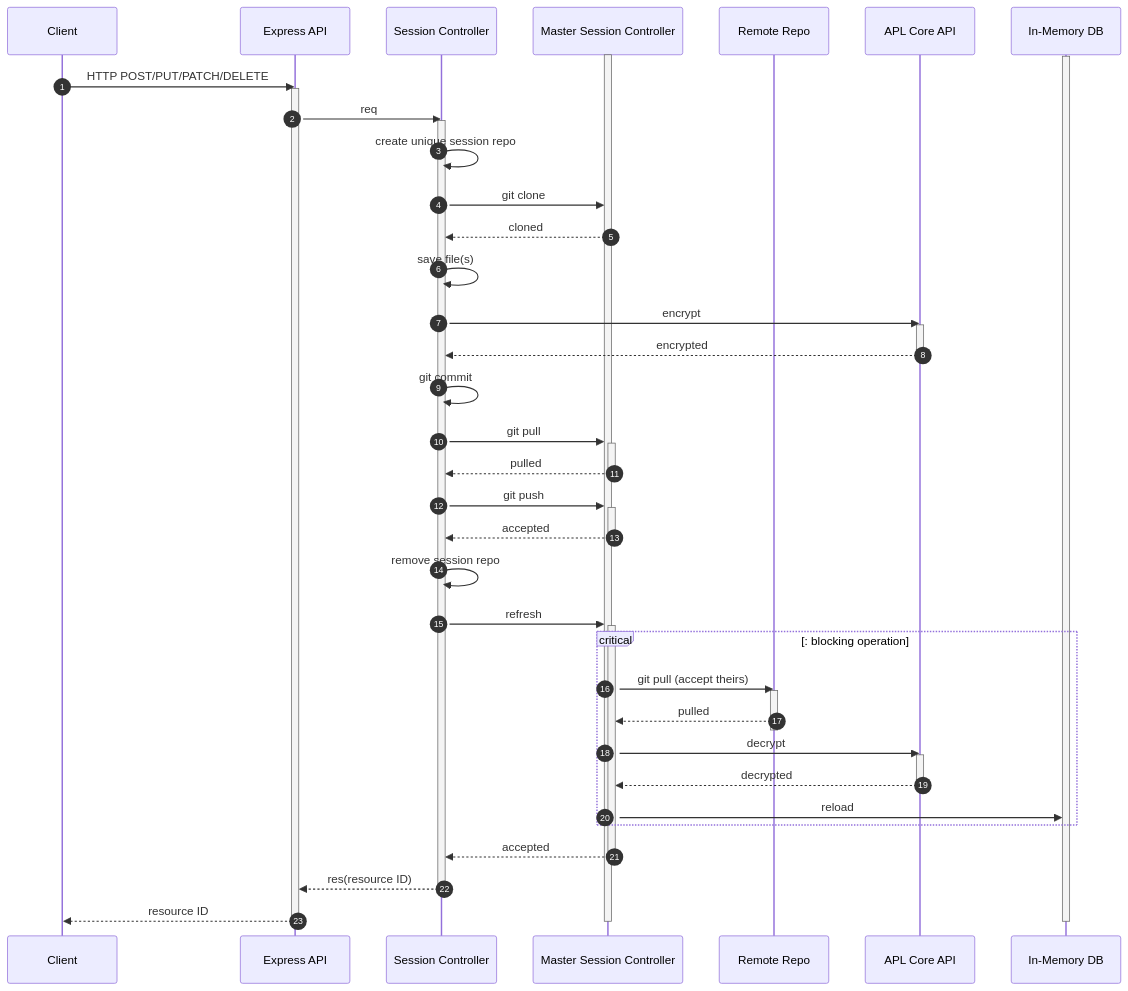
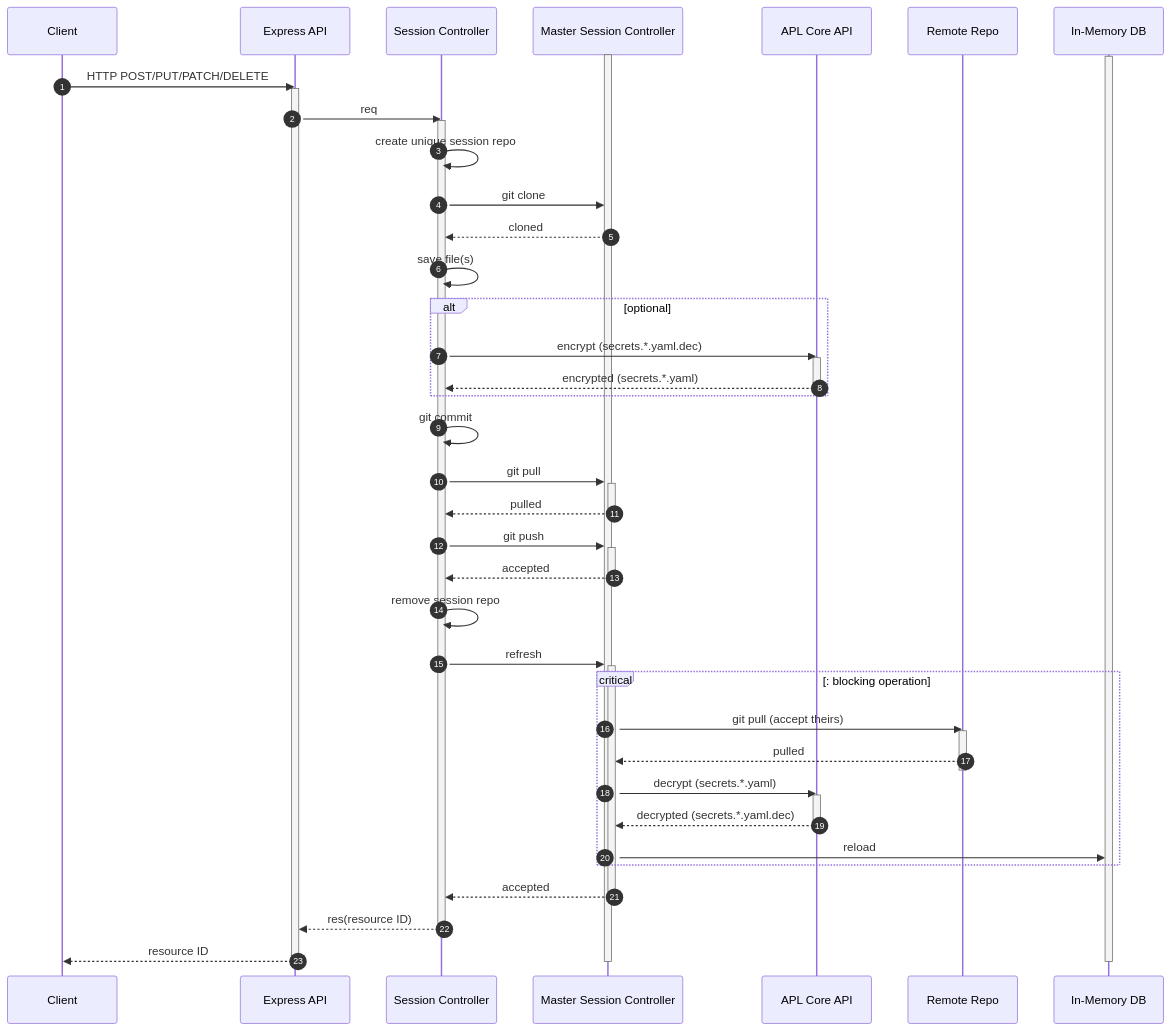
One commit to linode/apl-api changed the first of 4 diagrams in docs/gitops.md. Above: the diagram before and after it, drawn with Mermaid. The commit also changed other lines of this file, not shown here.

````diff
--- a/docs/gitops.md
+++ b/docs/gitops.md
@@ -13,58 +13,60 @@
 ```mermaid
 sequenceDiagram
     autonumber
     participant Client as Client
     participant API as Express API
     participant SC as Session Controller
     participant MC as Master Session Controller
+    participant ACA as APL Core API
     participant RR as Remote Repo
-    participant ACA as APL Core API
     participant IMDB as In-Memory DB
     activate MC
     activate IMDB
     Client->>API: HTTP POST/PUT/PATCH/DELETE
     activate API
     API->>SC: req
     activate SC
     SC->>SC: create unique session repo
     SC->>MC: git clone
     MC-->>SC: cloned
     SC->>SC: save file(s)
-    SC->>ACA: encrypt
+    alt optional
+    SC->>ACA: encrypt (secrets.*.yaml.dec)
     activate ACA
-    ACA-->>SC: encrypted
+    ACA-->>SC: encrypted (secrets.*.yaml)
     deactivate ACA
+    end
     SC->>SC: git commit
     SC->>MC: git pull
     activate MC
     MC-->>SC: pulled
     deactivate MC
     SC->>MC: git push
     activate MC
     MC-->>SC: accepted
     deactivate MC
     SC->>SC: remove session repo
     SC->>MC: refresh
     activate MC
     critical: blocking operation
     MC->>RR: git pull (accept theirs)
     activate RR
     RR-->>MC: pulled
     deactivate RR
     activate RR
     deactivate RR
-    MC->>ACA: decrypt
+    MC->>ACA: decrypt (secrets.*.yaml)
     activate ACA
-    ACA-->>MC: decrypted
+    ACA-->>MC: decrypted (secrets.*.yaml.dec)
     deactivate ACA
     MC->>IMDB: reload
     end
     MC-->>SC: accepted
     deactivate MC
     SC-->>API: res(resource ID)
     deactivate SC
     API-->>Client: resource ID
     deactivate API
     deactivate MC
     deactivate IMDB
 ```
````
